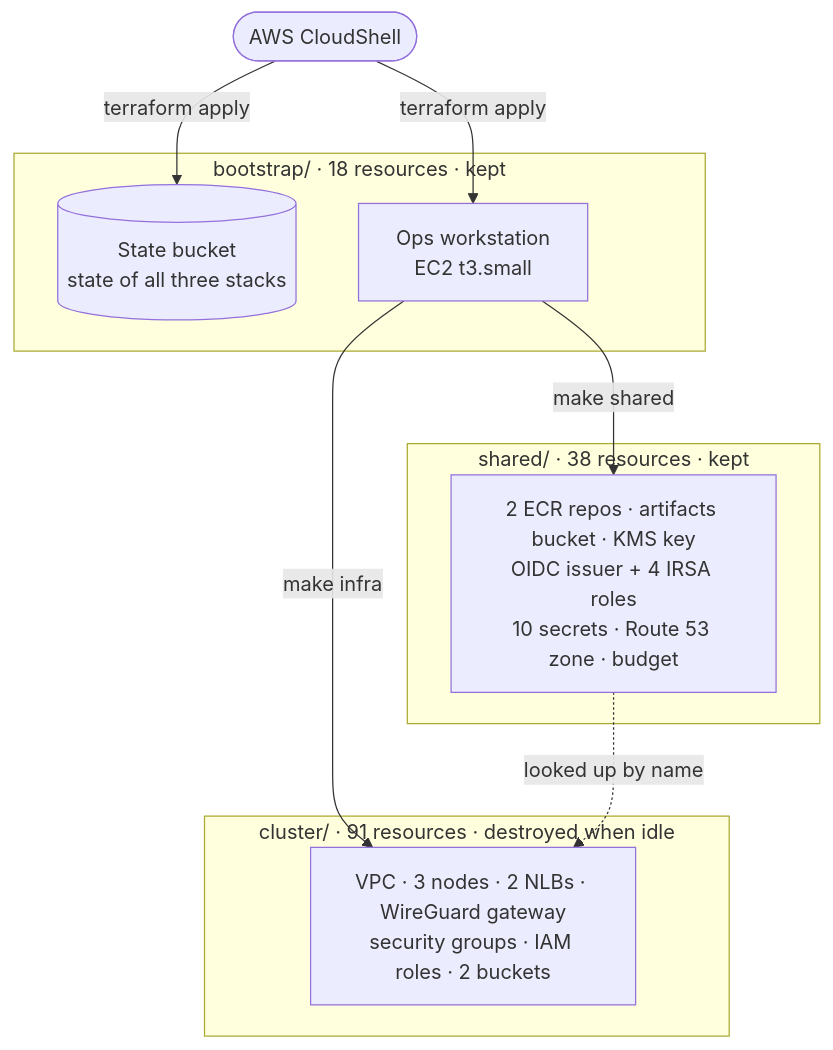
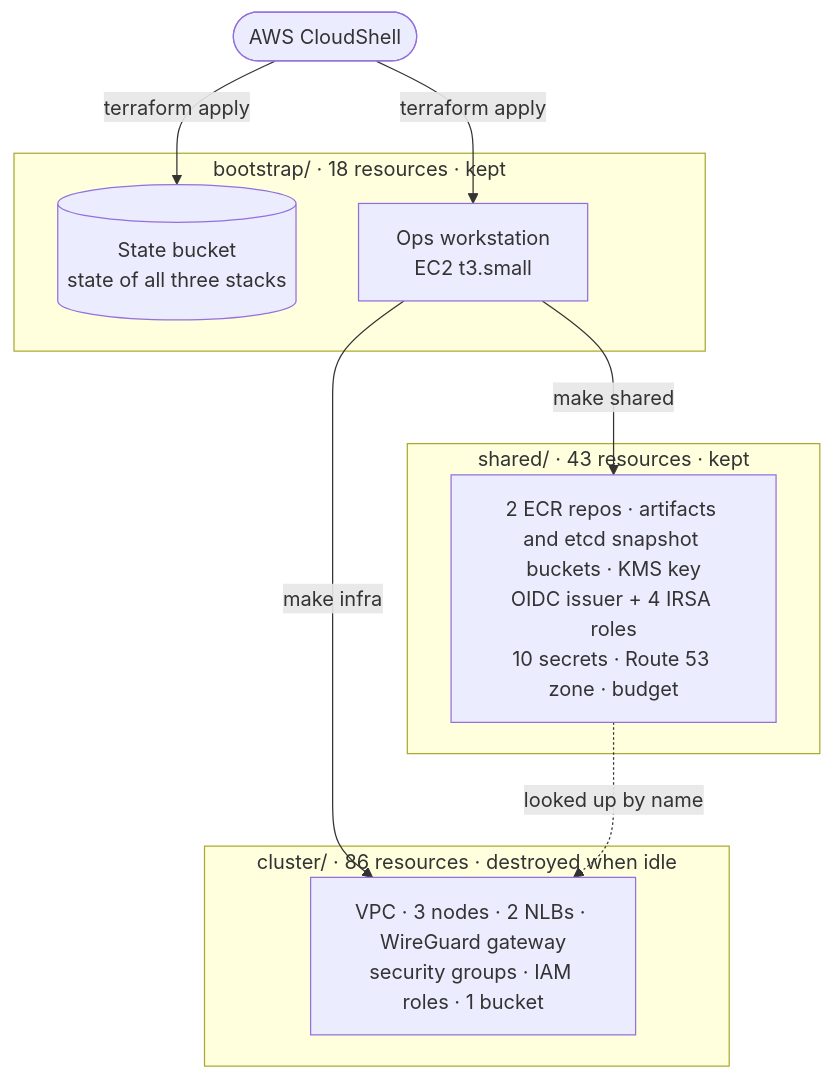
Before and after one commit to biabeogo147/Medical-RAG-Chatbot: the second of 6 diagrams in docs/terraform/README.md, drawn with Mermaid. The commit also changed other lines of this file and 9 other files, not shown here.

````diff
--- a/docs/terraform/README.md
+++ b/docs/terraform/README.md
@@ -90,19 +90,19 @@
 ```mermaid
 flowchart TB
     CS(["AWS CloudShell"])
     subgraph BOOT["bootstrap/ · 18 resources · kept"]
         SB[("State bucket<br/>state of all three stacks")]
         WS["Ops workstation<br/>EC2 t3.small"]
     end
-    subgraph SHARED["shared/ · 38 resources · kept"]
-        SH["2 ECR repos · artifacts bucket · KMS key<br/>OIDC issuer + 4 IRSA roles<br/>10 secrets · Route 53 zone · budget"]
+    subgraph SHARED["shared/ · 43 resources · kept"]
+        SH["2 ECR repos · artifacts and etcd snapshot buckets · KMS key<br/>OIDC issuer + 4 IRSA roles<br/>10 secrets · Route 53 zone · budget"]
     end
-    subgraph CLUSTER["cluster/ · 91 resources · destroyed when idle"]
-        CL["VPC · 3 nodes · 2 NLBs · WireGuard gateway<br/>security groups · IAM roles · 2 buckets"]
+    subgraph CLUSTER["cluster/ · 86 resources · destroyed when idle"]
+        CL["VPC · 3 nodes · 2 NLBs · WireGuard gateway<br/>security groups · IAM roles · 1 bucket"]
     end
     CS -->|"terraform apply"| SB
     CS -->|"terraform apply"| WS
     WS -->|"make shared"| SH
     WS -->|"make infra"| CL
     SH -.->|"looked up by name"| CL
 ```
````
